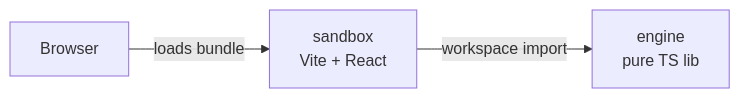
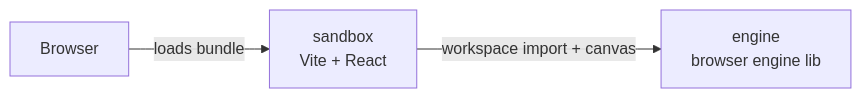
The diagram in ARCHITECTURE.md (bignosecss/Geaac), drawn with Mermaid before and after one commit. The commit also changed other lines of this file and 4 other files, not shown here.

````diff
--- a/ARCHITECTURE.md
+++ b/ARCHITECTURE.md
@@ -14,5 +14,5 @@
 ```mermaid
 flowchart LR
   Browser[Browser] -->|loads bundle| Sandbox[sandbox<br/>Vite + React]
-  Sandbox -->|workspace import| Engine[engine<br/>pure TS lib]
+  Sandbox -->|workspace import + canvas| Engine[engine<br/>browser engine lib]
 ```
````
